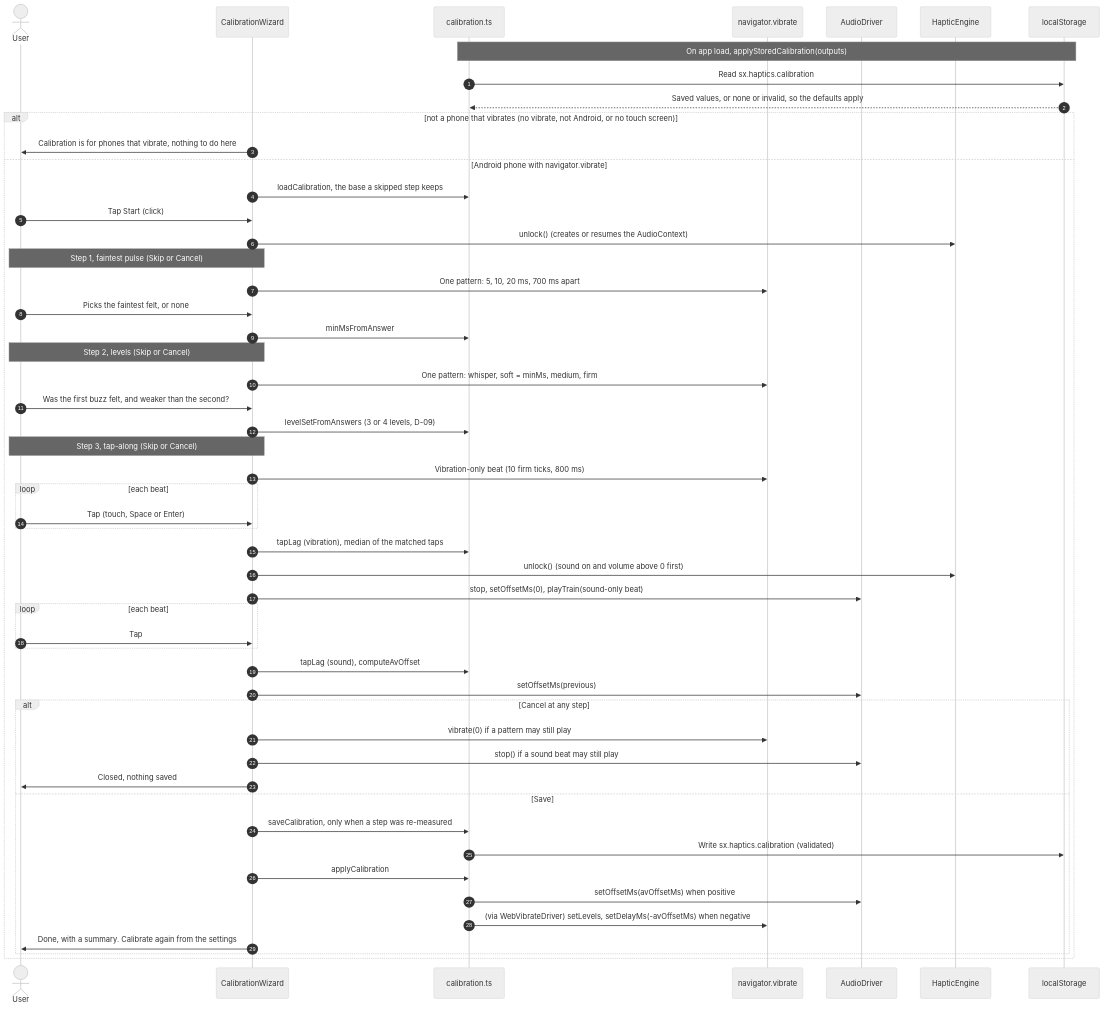
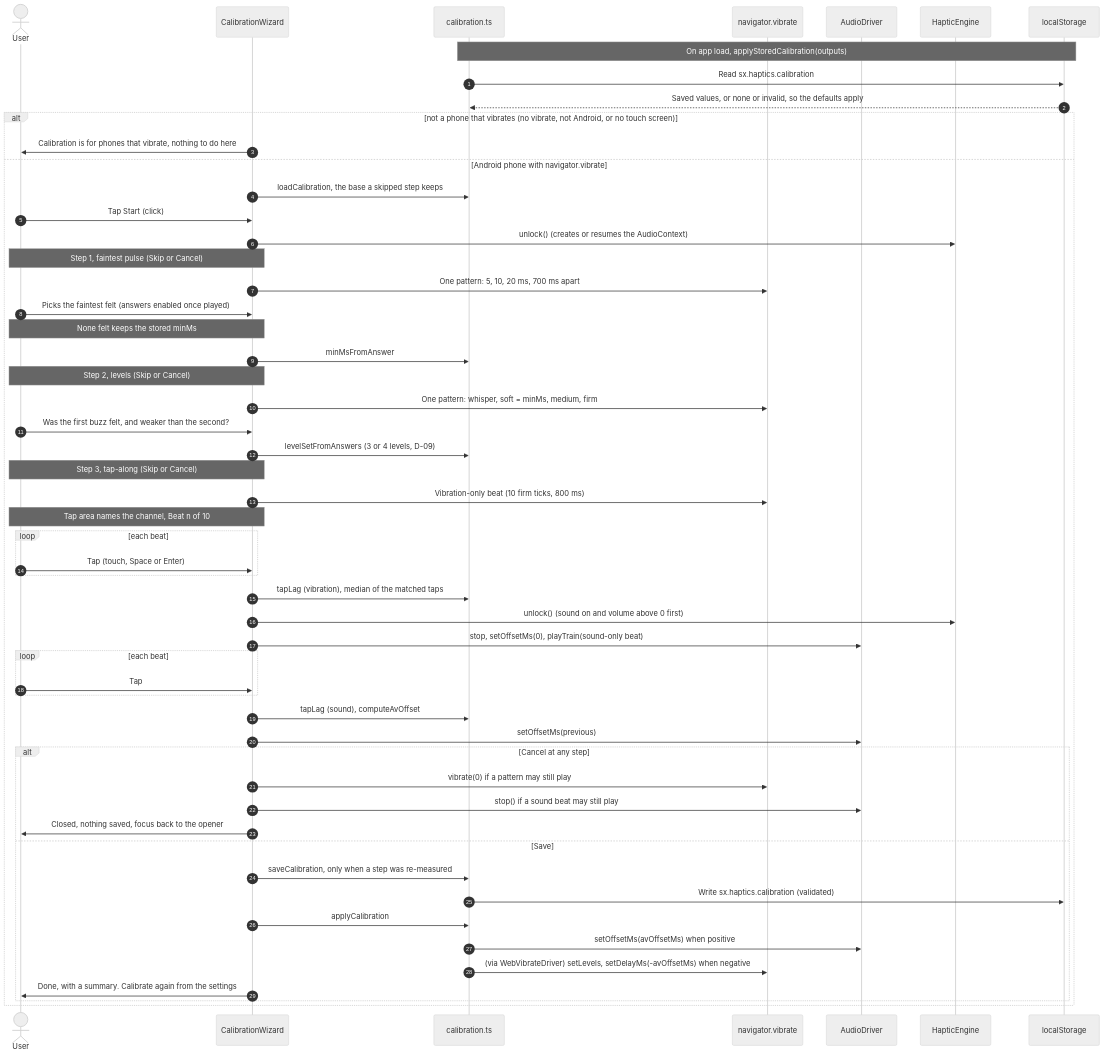
The diagram in docs/uml/13-sequence-calibration.md (0ffrian/SphereX), drawn with Mermaid (neutral theme) before and after one commit. The commit also changed 12 other files, not shown here.

````diff
--- a/docs/uml/13-sequence-calibration.md
+++ b/docs/uml/13-sequence-calibration.md
@@ -5,55 +5,57 @@
 ```mermaid
 sequenceDiagram
   autonumber
   actor U as User
   participant W as CalibrationWizard
   participant CL as calibration.ts
   participant NV as navigator.vibrate
   participant AD as AudioDriver
   participant E as HapticEngine
   participant LS as localStorage
 
   Note over CL,LS: On app load, applyStoredCalibration(outputs)
   CL->>LS: Read sx.haptics.calibration
   LS-->>CL: Saved values, or none or invalid, so the defaults apply
   alt not a phone that vibrates (no vibrate, not Android, or no touch screen)
     W->>U: Calibration is for phones that vibrate, nothing to do here
   else Android phone with navigator.vibrate
     W->>CL: loadCalibration, the base a skipped step keeps
     U->>W: Tap Start (click)
     W->>E: unlock() (creates or resumes the AudioContext)
     Note over W,U: Step 1, faintest pulse (Skip or Cancel)
     W->>NV: One pattern: 5, 10, 20 ms, 700 ms apart
-    U->>W: Picks the faintest felt, or none
+    U->>W: Picks the faintest felt (answers enabled once played)
+    Note over W,U: None felt keeps the stored minMs
     W->>CL: minMsFromAnswer
     Note over W,U: Step 2, levels (Skip or Cancel)
     W->>NV: One pattern: whisper, soft = minMs, medium, firm
     U->>W: Was the first buzz felt, and weaker than the second?
     W->>CL: levelSetFromAnswers (3 or 4 levels, D-09)
     Note over W,U: Step 3, tap-along (Skip or Cancel)
     W->>NV: Vibration-only beat (10 firm ticks, 800 ms)
+    Note over W,U: Tap area names the channel, Beat n of 10
     loop each beat
       U->>W: Tap (touch, Space or Enter)
     end
     W->>CL: tapLag (vibration), median of the matched taps
     W->>E: unlock() (sound on and volume above 0 first)
     W->>AD: stop, setOffsetMs(0), playTrain(sound-only beat)
     loop each beat
       U->>W: Tap
     end
     W->>CL: tapLag (sound), computeAvOffset
     W->>AD: setOffsetMs(previous)
     alt Cancel at any step
       W->>NV: vibrate(0) if a pattern may still play
       W->>AD: stop() if a sound beat may still play
-      W->>U: Closed, nothing saved
+      W->>U: Closed, nothing saved, focus back to the opener
     else Save
       W->>CL: saveCalibration, only when a step was re-measured
       CL->>LS: Write sx.haptics.calibration (validated)
       W->>CL: applyCalibration
       CL->>AD: setOffsetMs(avOffsetMs) when positive
       CL->>NV: (via WebVibrateDriver) setLevels, setDelayMs(-avOffsetMs) when negative
       W->>U: Done, with a summary. Calibrate again from the settings
     end
   end
 ```
````
